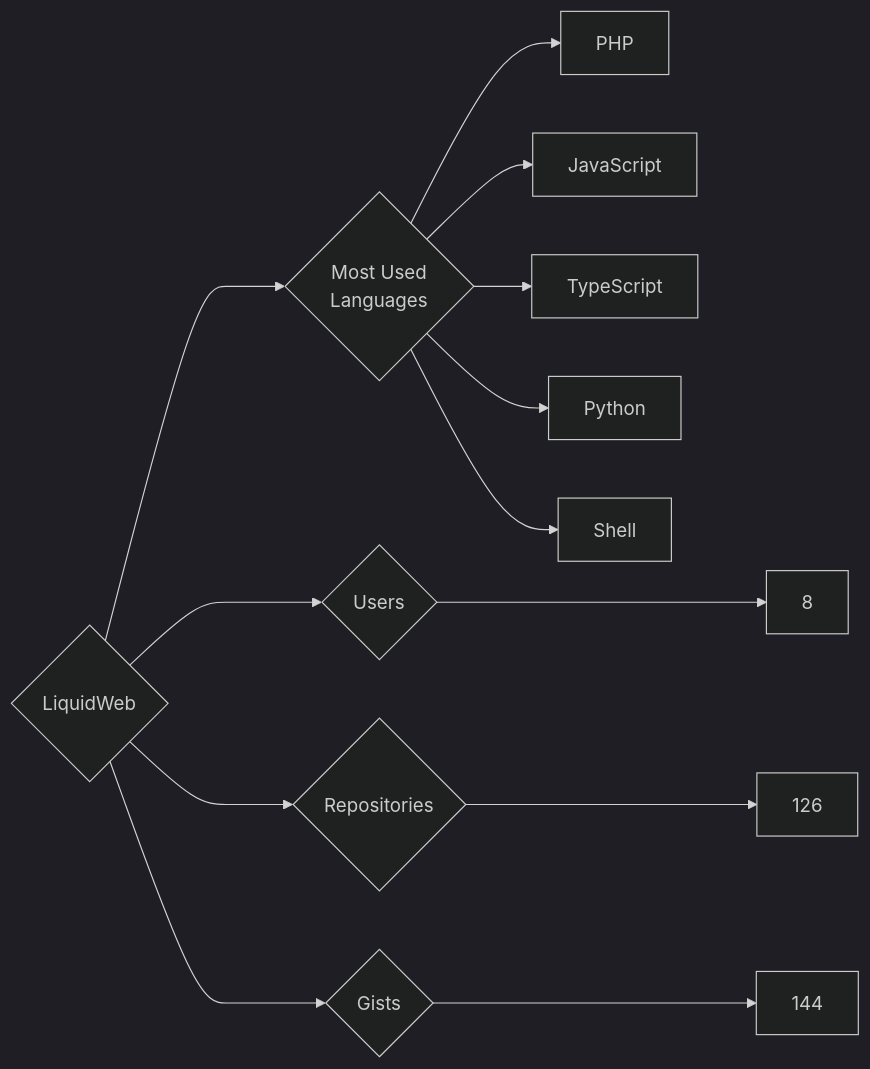
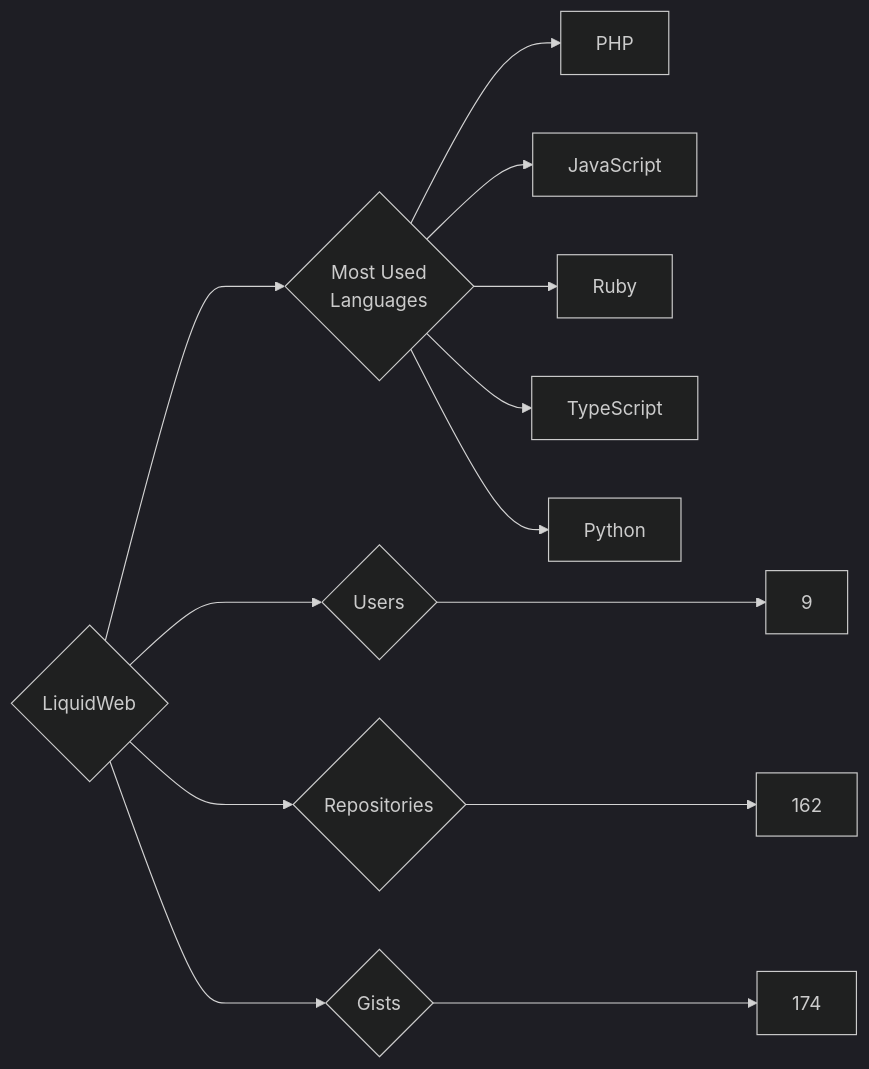
Before and after one commit to trickest/insiders: the diagram in targets/LiquidWeb/README.md, drawn with Mermaid (dark theme). The commit also changed 797 other files, not shown here.

````diff
--- a/targets/LiquidWeb/README.md
+++ b/targets/LiquidWeb/README.md
@@ -3,13 +3,13 @@
 ```mermaid
 graph LR
 COMPANY_NAME{LiquidWeb}
-COMPANY_NAME ---> U{Users} ---> UN[8]
-COMPANY_NAME ---> R{Repositories} ---> RN[126]
-COMPANY_NAME ---> G{Gists} ---> GN[144]
+COMPANY_NAME ---> U{Users} ---> UN[9]
+COMPANY_NAME ---> R{Repositories} ---> RN[162]
+COMPANY_NAME ---> G{Gists} ---> GN[174]
 COMPANY_NAME ---> ML{Most Used<br>Languages}
 ML --> PHP[PHP]
 ML --> JavaScript[JavaScript]
+ML --> Ruby[Ruby]
 ML --> TypeScript[TypeScript]
 ML --> Python[Python]
-ML --> Shell[Shell]
 ```
````
